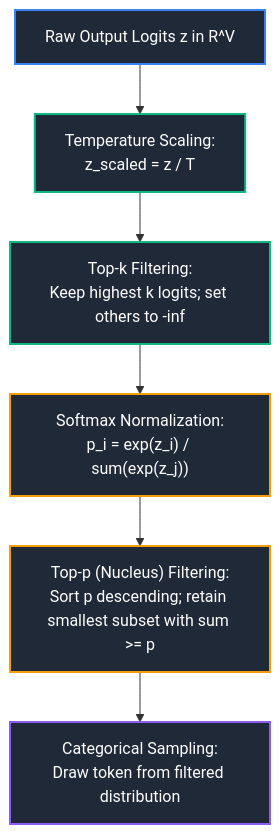
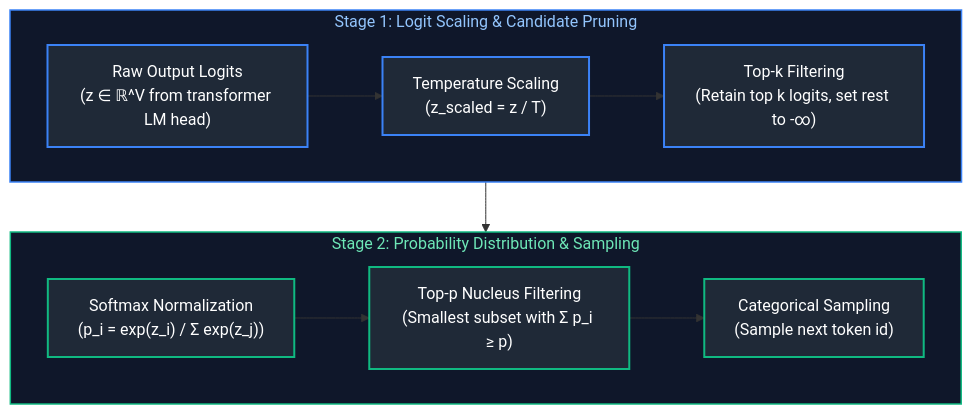
The fourth of 4 diagrams in AI Engineering/03_llm_foundations_and_mechanics.md (joydeep-biswas/Interview-Preparation), drawn with Mermaid before and after one commit. The commit also changed other lines of this file and 76 other files, not shown here.

Commit message:
Updated Charts

````diff
--- a/AI Engineering/03_llm_foundations_and_mechanics.md
+++ b/AI Engineering/03_llm_foundations_and_mechanics.md
@@ -233,15 +242,23 @@
 ```mermaid
 flowchart TD
-    Logits["Raw Output Logits z in R^V"] --> Temp["Temperature Scaling:<br/>z_scaled = z / T"]
-    Temp --> TopK["Top-k Filtering:<br/>Keep highest k logits; set others to -inf"]
-    TopK --> Softmax["Softmax Normalization:<br/>p_i = exp(z_i) / sum(exp(z_j))"]
-    Softmax --> TopP["Top-p (Nucleus) Filtering:<br/>Sort p descending; retain smallest subset with sum >= p"]
-    TopP --> Sample["Categorical Sampling:<br/>Draw token from filtered distribution"]
+    subgraph Stage1 ["Stage 1: Logit Scaling & Candidate Pruning"]
+        direction LR
+        Logits["Raw Output Logits<br/>(z ∈ ℝ^V from transformer LM head)"] --> Temp["Temperature Scaling<br/>(z_scaled = z / T)"] --> TopK["Top-k Filtering<br/>(Retain top k logits, set rest to -∞)"]
+    end
 
+    subgraph Stage2 ["Stage 2: Probability Distribution & Sampling"]
+        direction LR
+        Softmax["Softmax Normalization<br/>(p_i = exp(z_i) / Σ exp(z_j))"] --> TopP["Top-p Nucleus Filtering<br/>(Smallest subset with Σ p_i ≥ p)"] --> Sample["Categorical Sampling<br/>(Sample next token id)"]
+    end
+
+    Stage1 --> Stage2
+
+    style Stage1 fill:#0f172a,stroke:#3b82f6,stroke-width:1.5px,color:#93c5fd
+    style Stage2 fill:#0f172a,stroke:#10b981,stroke-width:1.5px,color:#6ee7b7
     style Logits fill:#1f2937,stroke:#3b82f6,stroke-width:2px,color:#fff
-    style Temp fill:#1f2937,stroke:#10b981,stroke-width:2px,color:#fff
-    style TopK fill:#1f2937,stroke:#10b981,stroke-width:2px,color:#fff
-    style Softmax fill:#1f2937,stroke:#f59e0b,stroke-width:2px,color:#fff
-    style TopP fill:#1f2937,stroke:#f59e0b,stroke-width:2px,color:#fff
-    style Sample fill:#1f2937,stroke:#8b5cf6,stroke-width:2px,color:#fff
+    style Temp fill:#1f2937,stroke:#3b82f6,stroke-width:2px,color:#fff
+    style TopK fill:#1f2937,stroke:#3b82f6,stroke-width:2px,color:#fff
+    style Softmax fill:#1f2937,stroke:#10b981,stroke-width:2px,color:#fff
+    style TopP fill:#1f2937,stroke:#10b981,stroke-width:2px,color:#fff
+    style Sample fill:#1f2937,stroke:#10b981,stroke-width:2px,color:#fff
 ```
````
